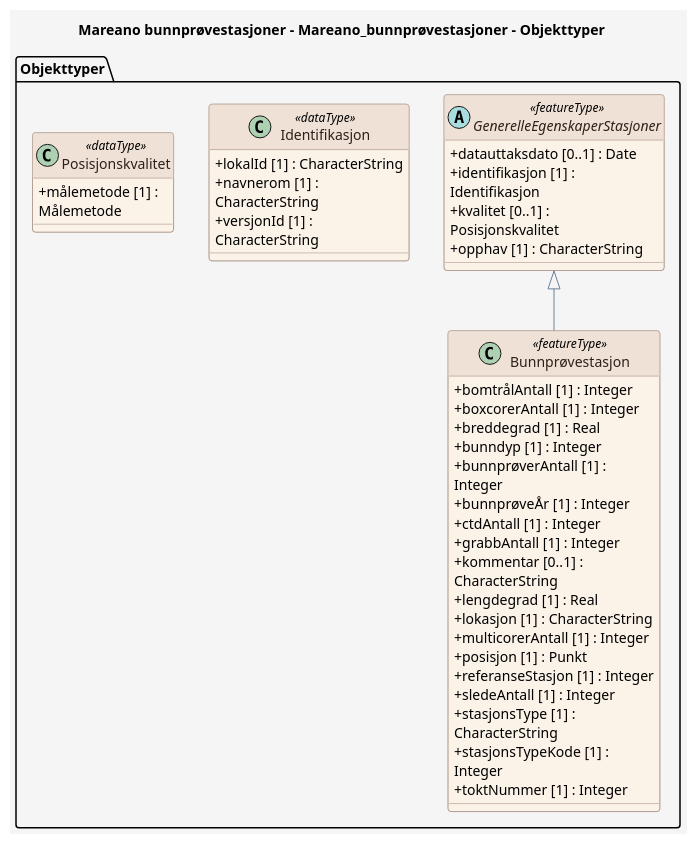
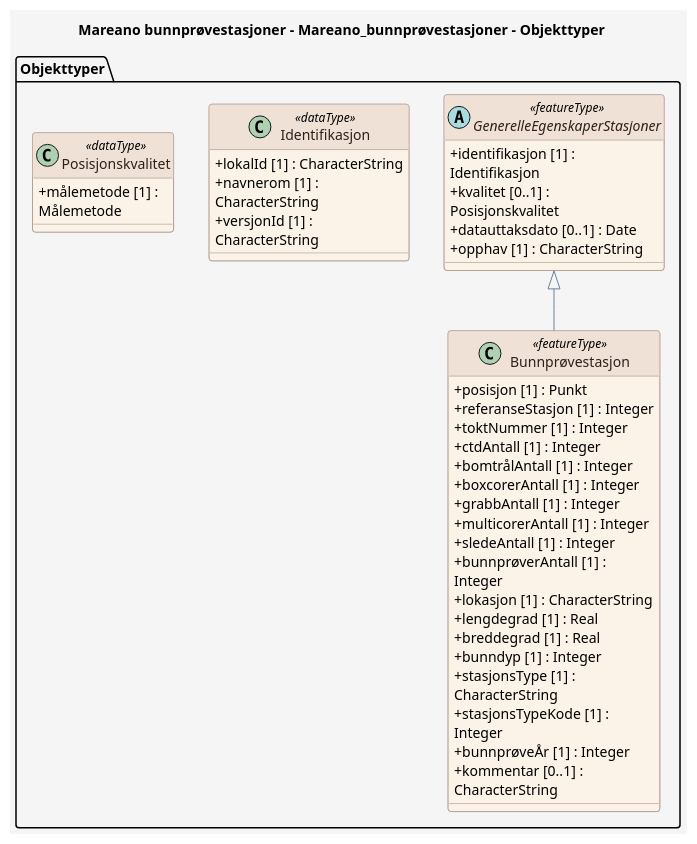
Before and after one commit to ToreFreddyB/produktspesifikasjon_HI: the diagram in produktspesifikasjon/mareano-bunnprovestasjoner/mareano-bunnprvestasjoner/mareano-bunnprvestasjoner_feature_catalogue.puml, drawn with PlantUML. The commit also changed other lines of this file and 5 other files, not shown here.

```diff
--- a/produktspesifikasjon/mareano-bunnprovestasjoner/mareano-bunnprvestasjoner/mareano-bunnprvestasjoner_feature_catalogue.puml
+++ b/produktspesifikasjon/mareano-bunnprovestasjoner/mareano-bunnprvestasjoner/mareano-bunnprvestasjoner_feature_catalogue.puml
@@ -1,74 +1,74 @@
 @startuml
 ' For wide diagrams, render with: plantuml -DPLANTUML_LIMIT_SIZE=16384 ...
 ' The 'scale max' directive below caps the rendered output to prevent the
 ' default PlantUML 4096px size limit from cropping the diagram.
 scale max 4000*4000
 
 title Mareano bunnprøvestasjoner - Mareano_bunnprøvestasjoner - Objekttyper
 
 skinparam backgroundColor #F5F5F5
 skinparam shadowing false
 skinparam RoundCorner 6
 skinparam ArrowColor #6C8198
 skinparam wrapWidth 200
 skinparam class {
   BackgroundColor #FBF2E8
   BorderColor #9C8578
   FontColor #2D201A
   HeaderBackgroundColor #EFE1D6
   HeaderFontColor #2D201A
   AttributeIconSize 0
 }
 skinparam note {
   BackgroundColor #FFFFFF
   BorderColor #6C8198
   FontColor #2D201A
 }
 skinparam stereotypeCBackgroundColor #EAD9CE
 skinparam stereotypeCBorderColor #9C8578
 skinparam stereotypeCFontColor #2D201A
 
 package "Objekttyper" {
 
   abstract class GenerelleEgenskaperStasjoner <<featureType>> {
-    + datauttaksdato [0..1] : Date
     + identifikasjon [1] : Identifikasjon
     + kvalitet [0..1] : Posisjonskvalitet
+    + datauttaksdato [0..1] : Date
     + opphav [1] : CharacterString
   }
 
   class "Bunnprøvestasjon" as Bunnpr_vestasjon <<featureType>> {
+    + posisjon [1] : Punkt
+    + referanseStasjon [1] : Integer
+    + toktNummer [1] : Integer
+    + ctdAntall [1] : Integer
     + bomtrålAntall [1] : Integer
     + boxcorerAntall [1] : Integer
+    + grabbAntall [1] : Integer
+    + multicorerAntall [1] : Integer
+    + sledeAntall [1] : Integer
+    + bunnprøverAntall [1] : Integer
+    + lokasjon [1] : CharacterString
+    + lengdegrad [1] : Real
     + breddegrad [1] : Real
     + bunndyp [1] : Integer
-    + bunnprøverAntall [1] : Integer
-    + bunnprøveÅr [1] : Integer
-    + ctdAntall [1] : Integer
-    + grabbAntall [1] : Integer
-    + kommentar [0..1] : CharacterString
-    + lengdegrad [1] : Real
-    + lokasjon [1] : CharacterString
-    + multicorerAntall [1] : Integer
-    + posisjon [1] : Punkt
-    + referanseStasjon [1] : Integer
-    + sledeAntall [1] : Integer
     + stasjonsType [1] : CharacterString
     + stasjonsTypeKode [1] : Integer
-    + toktNummer [1] : Integer
+    + bunnprøveÅr [1] : Integer
+    + kommentar [0..1] : CharacterString
   }
 
   class Identifikasjon <<dataType>> {
     + lokalId [1] : CharacterString
     + navnerom [1] : CharacterString
     + versjonId [1] : CharacterString
   }
 
   class Posisjonskvalitet <<dataType>> {
     + målemetode [1] : Målemetode
   }
 }
 
   GenerelleEgenskaperStasjoner <|-- Bunnpr_vestasjon
 
 @enduml
```
